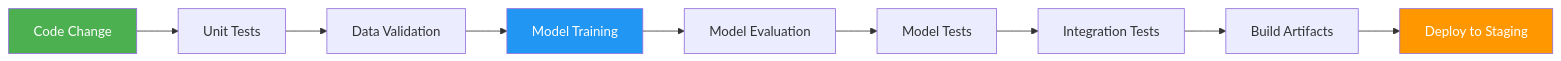
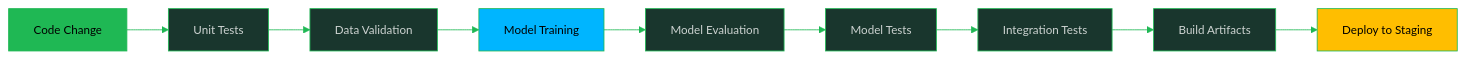
One commit to oat431/swe-knowledge changed the third of 5 diagrams in computing-foundation-note/Artificial_Intelligence/09_AI_SE_Intersection.md. Above: the diagram before and after it, drawn with Mermaid. The commit also changed other lines of this file and 139 other files, not shown here.

````diff
--- a/computing-foundation-note/Artificial_Intelligence/09_AI_SE_Intersection.md
+++ b/computing-foundation-note/Artificial_Intelligence/09_AI_SE_Intersection.md
@@ -539,15 +543,16 @@
 ```mermaid
+%%{init: {'theme':'base','themeVariables':{'primaryColor':'#19362D','primaryTextColor':'#CDD3D1','primaryBorderColor':'#1FB854','lineColor':'#1FB854','secondaryColor':'#161212','tertiaryColor':'#1B1717','background':'#1B1717','mainBkg':'#19362D','nodeBorder':'#1FB854','clusterBkg':'#161212','clusterBorder':'#19362D','titleColor':'#1FB854','edgeLabelBackground':'#161212','fontSize':'14px'}}}%%
 flowchart LR
     CODE[Code Change] --> UNIT[Unit Tests]
     UNIT --> DATA[Data Validation]
     DATA --> TRAIN2[Model Training]
     TRAIN2 --> EVAL2[Model Evaluation]
     EVAL2 --> MODEL_TEST[Model Tests]
     MODEL_TEST --> INT[Integration Tests]
     INT --> BUILD[Build Artifacts]
     BUILD --> DEPLOY[Deploy to Staging]
 
-    style CODE fill:#4CAF50,color:#fff
-    style TRAIN2 fill:#2196F3,color:#fff
-    style DEPLOY fill:#FF9800,color:#fff
+    style CODE fill:#1FB854,color:#000000
+    style TRAIN2 fill:#00B5FF,color:#000000
+    style DEPLOY fill:#FFBE00,color:#000000
 ```
````
